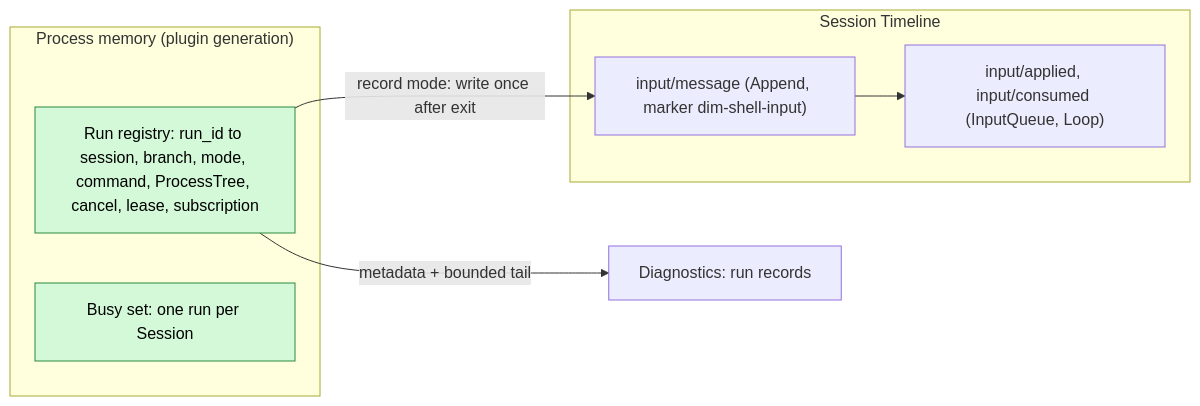
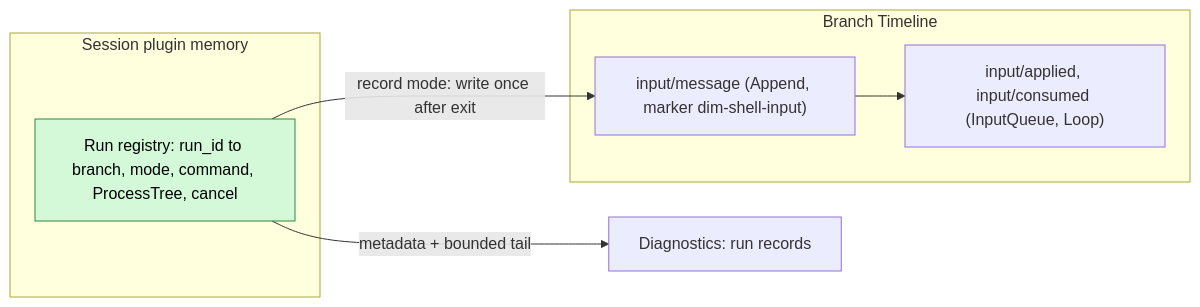
Before and after one commit to CoutinhoTTS/dim-agent: the second of 5 diagrams in docs/design/plugins/ShellInput.md, drawn with Mermaid. The commit also changed other lines of this file and 3 other files, not shown here.

````diff
--- a/docs/design/plugins/ShellInput.md
+++ b/docs/design/plugins/ShellInput.md
@@ -53,16 +43,15 @@
 ```mermaid
 flowchart LR
-  subgraph MEM["Process memory (plugin generation)"]
-    RR["Run registry: run_id to session, branch, mode, command, ProcessTree, cancel, lease, subscription"]:::new
-    BUSY["Busy set: one run per Session"]:::new
+  subgraph MEM["Session plugin memory"]
+    RR["Run registry: run_id to branch, mode, command, ProcessTree, cancel"]:::new
   end
-  subgraph TL["Session Timeline"]
+  subgraph TL["Branch Timeline"]
     IM["input/message (Append, marker dim-shell-input)"]
     IA["input/applied, input/consumed (InputQueue, Loop)"]
   end
   DG["Diagnostics: run records"]
   RR -- "record mode: write once after exit" --> IM
   IM --> IA
   RR -- "metadata + bounded tail" --> DG
   classDef new fill:#d3f9d8,stroke:#2b8a3e,color:#000
 ```
````
